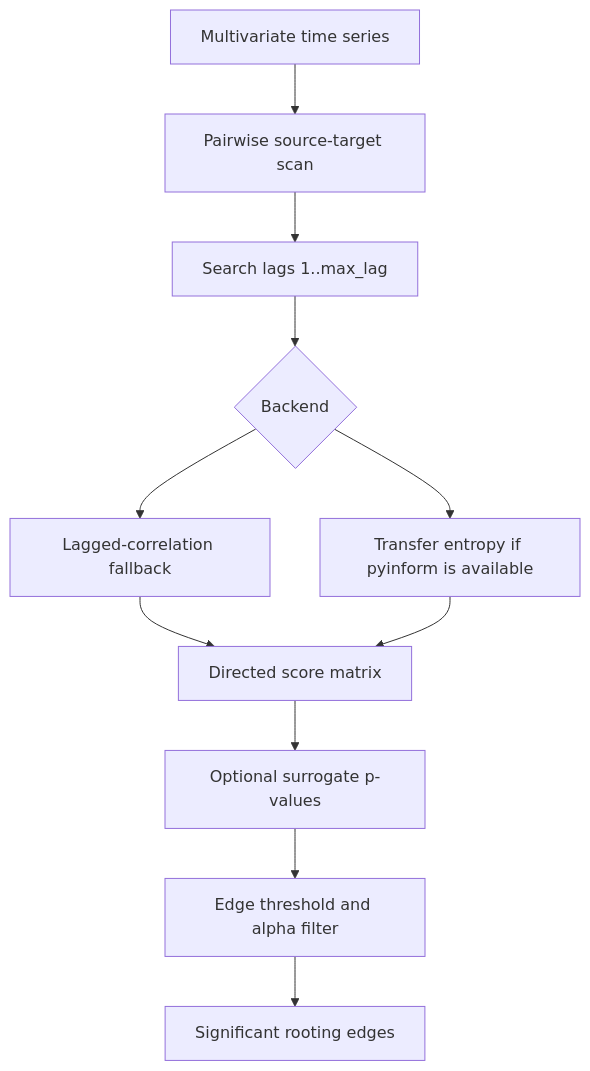
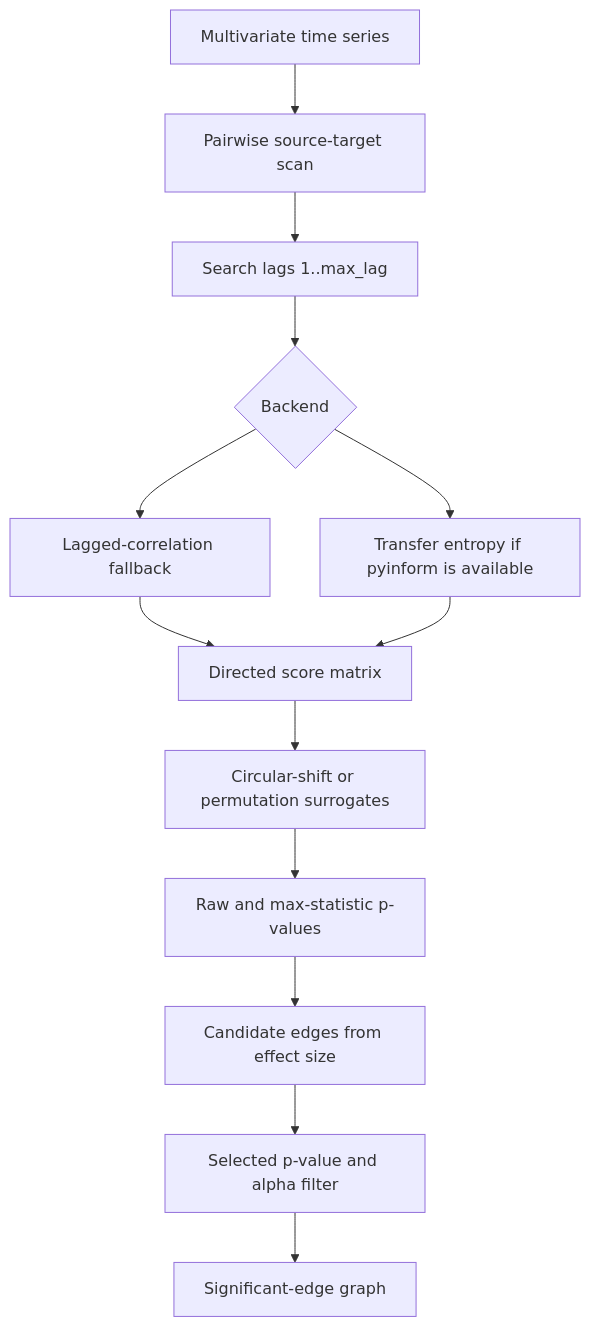
The fourth of 6 diagrams in docs/architecture.md (topherchris420/dynamic-resonance-rooting), drawn with Mermaid before and after one commit. The commit also changed other lines of this file and 5 other files, not shown here.

````diff
--- a/docs/architecture.md
+++ b/docs/architecture.md
@@ -62,13 +62,15 @@
 ```mermaid
 flowchart TD
     Matrix[Multivariate time series] --> Pairwise[Pairwise source-target scan]
     Pairwise --> LagSearch[Search lags 1..max_lag]
     LagSearch --> Backend{Backend}
     Backend --> Corr[Lagged-correlation fallback]
     Backend --> TE[Transfer entropy if pyinform is available]
     Corr --> Scores[Directed score matrix]
     TE --> Scores
-    Scores --> Surrogates[Optional surrogate p-values]
-    Surrogates --> Threshold[Edge threshold and alpha filter]
-    Threshold --> Edges[Significant rooting edges]
+    Scores --> Surrogates[Circular-shift or permutation surrogates]
+    Surrogates --> PValues[Raw and max-statistic p-values]
+    PValues --> Candidates[Candidate edges from effect size]
+    Candidates --> Threshold[Selected p-value and alpha filter]
+    Threshold --> Graph[Significant-edge graph]
 ```
````
